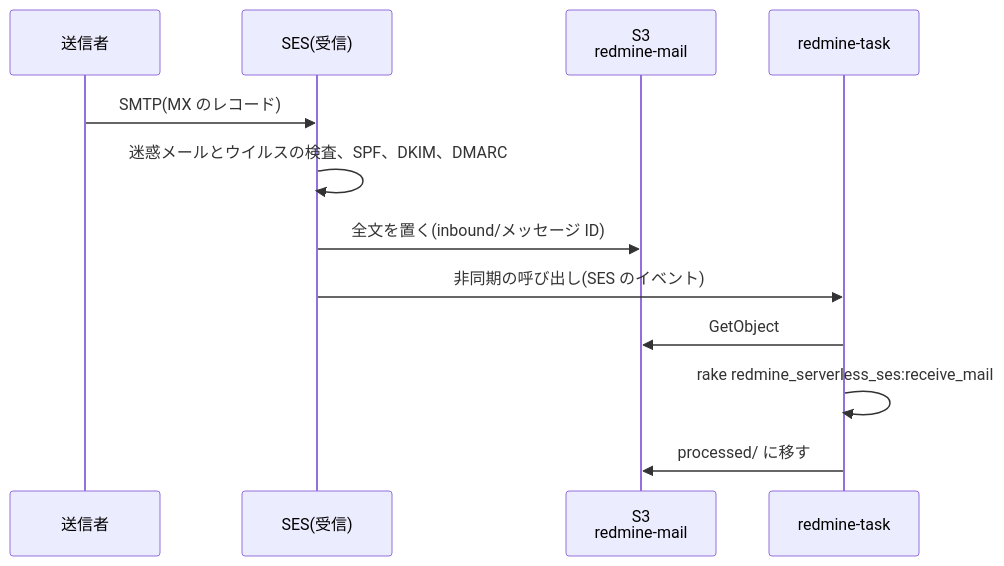
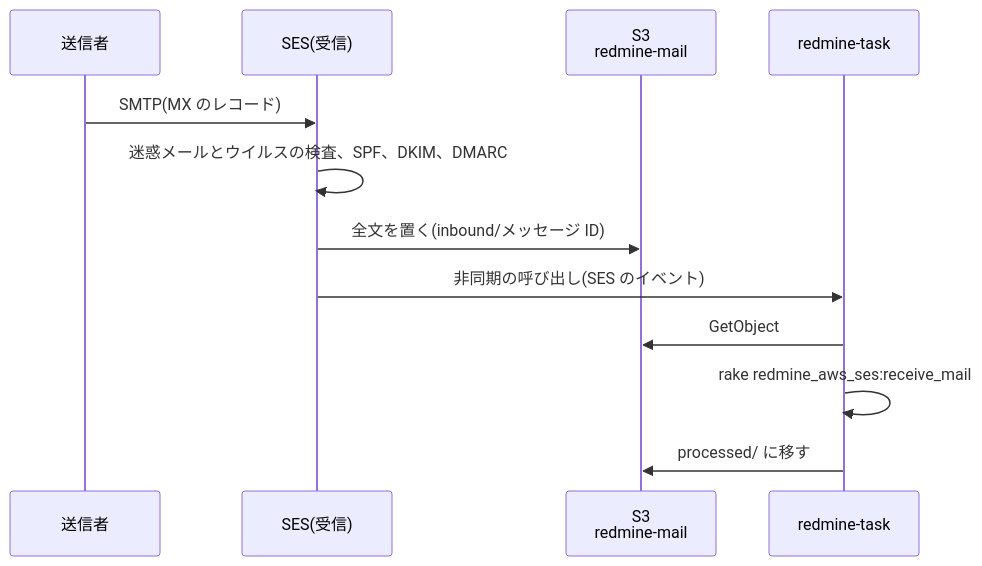
One commit to redmine-kit/serverless changed the second of 2 diagrams in docs/ja/mail.md. Above: the diagram before and after it, drawn with Mermaid. The commit also changed other lines of this file and 32 other files, not shown here.

First line of the commit message:
Name the Redmine AWS plugins in the documentation

````diff
--- a/docs/ja/mail.md
+++ b/docs/ja/mail.md
@@ -98,14 +98,14 @@
 ```mermaid
 sequenceDiagram
   participant S as 送信者
   participant E as SES(受信)
   participant B as S3<br>redmine-mail
   participant T as redmine-task
   S->>E: SMTP(MX のレコード)
   E->>E: 迷惑メールとウイルスの検査、SPF、DKIM、DMARC
   E->>B: 全文を置く(inbound/メッセージ ID)
   E->>T: 非同期の呼び出し(SES のイベント)
   T->>B: GetObject
-  T->>T: rake redmine_serverless_ses:receive_mail
+  T->>T: rake redmine_aws_ses:receive_mail
   T->>B: processed/ に移す
 ```
````
